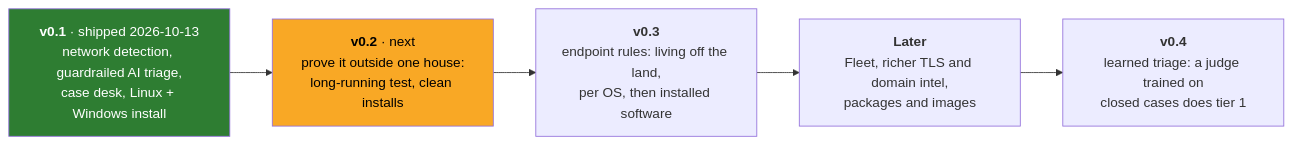
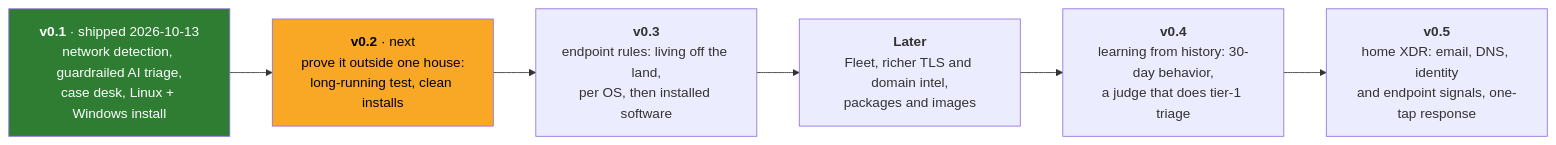
Before and after one commit to barnabys-drew/tapwatch: the diagram in docs/ROADMAP.md, drawn with Mermaid. The commit also changed other lines of this file, not shown here.

First line of the commit message:
Roadmap: Sysmon command lines next, 30-day behavior, and a home XDR end goal

````diff
--- a/docs/ROADMAP.md
+++ b/docs/ROADMAP.md
@@ -6,11 +6,12 @@
 ```mermaid
 flowchart LR
     A["<b>v0.1</b> · shipped 2026-10-13<br/>network detection, guardrailed AI triage,<br/>case desk, Linux + Windows install"]
     B["<b>v0.2</b> · next<br/>prove it outside one house:<br/>long-running test, clean installs"]
     C["<b>v0.3</b><br/>endpoint rules: living off the land,<br/>per OS, then installed software"]
     D["<b>Later</b><br/>Fleet, richer TLS and domain intel,<br/>packages and images"]
-    E["<b>v0.4</b><br/>learned triage: a judge trained on<br/>closed cases does tier 1"]
-    A --> B --> C --> D --> E
+    E["<b>v0.4</b><br/>learning from history: 30-day behavior,<br/>a judge that does tier-1 triage"]
+    F["<b>v0.5</b><br/>home XDR: email, DNS, identity<br/>and endpoint signals, one-tap response"]
+    A --> B --> C --> D --> E --> F
     style A fill:#2e7d32,color:#fff
     style B fill:#f9a825,color:#000
 ```
````
